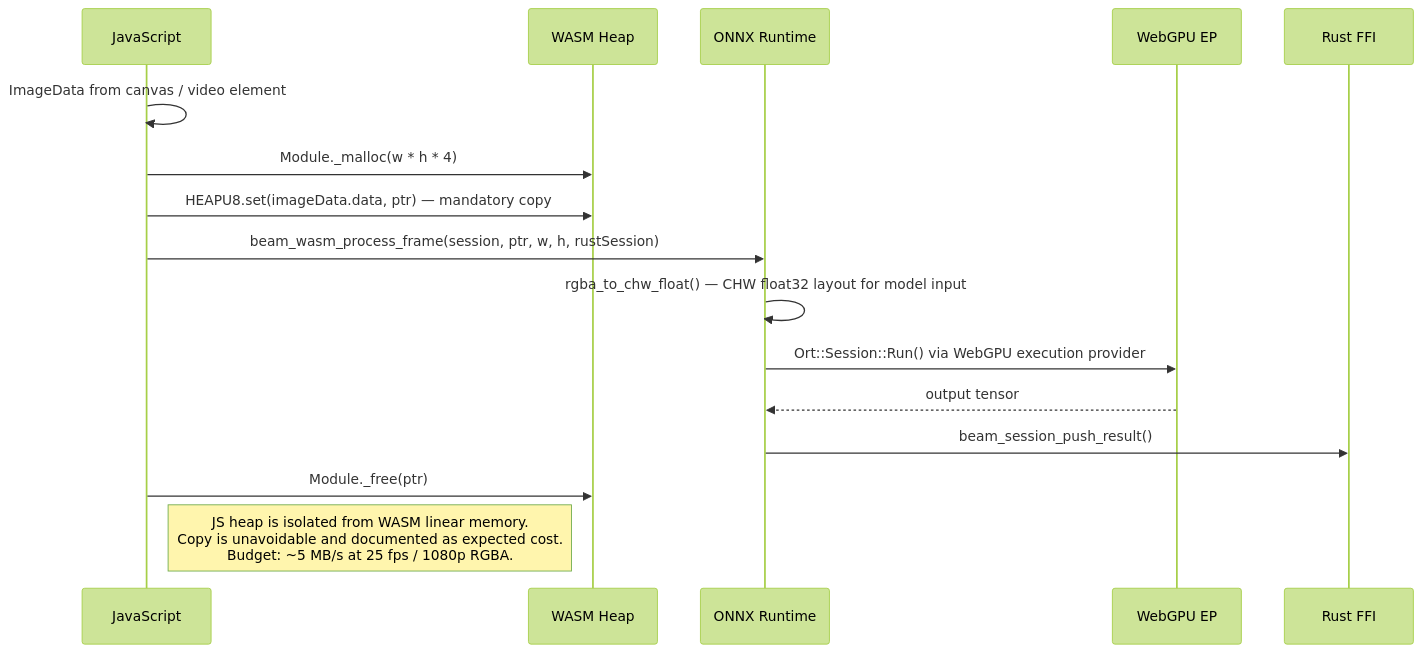
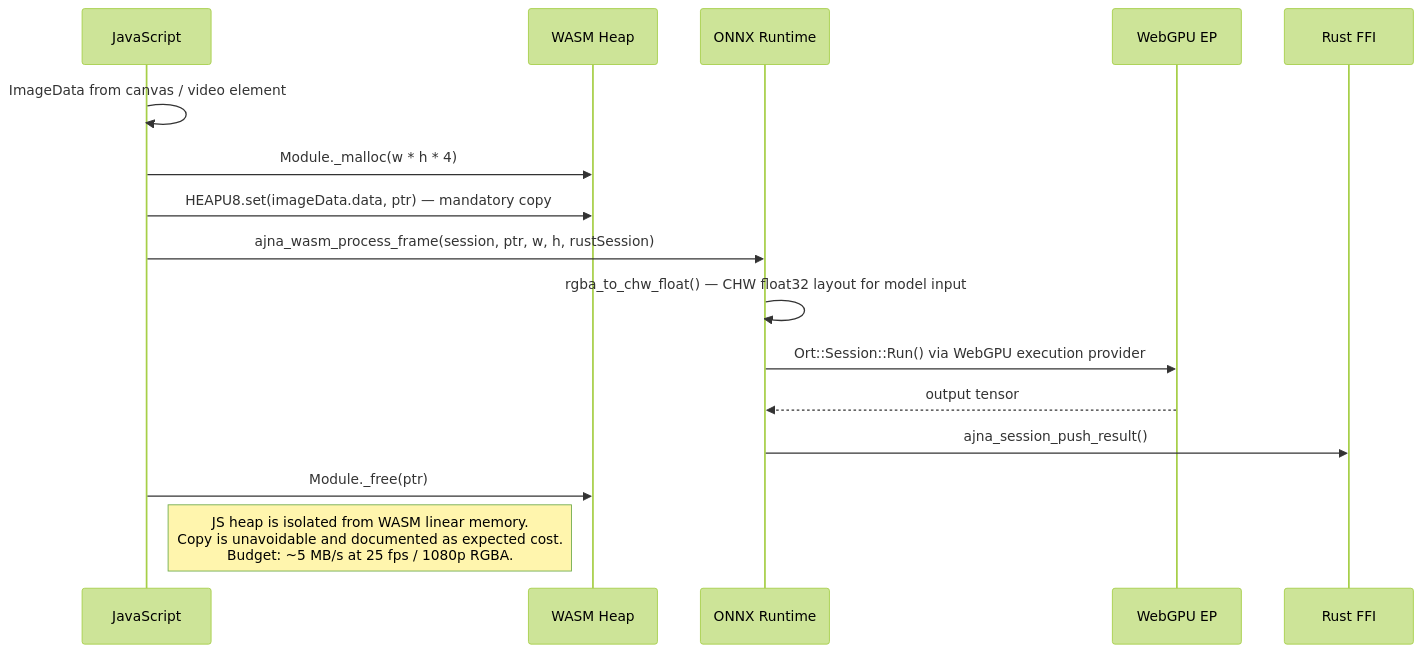
Before and after one commit to NeoOne601/beam-sdk: the seventh of 11 diagrams in README.md, drawn with Mermaid (forest theme). The commit also changed other lines of this file and 146 other files, not shown here.

First line of the commit message:
refactor: rebrand Beam to Ajna across workspace, FFI, platform bridges, and docs

````diff
--- a/README.md
+++ b/README.md
@@ -289,19 +289,19 @@
 ```mermaid
 sequenceDiagram
     participant JS as JavaScript
     participant WH as WASM Heap
     participant ORT as ONNX Runtime
     participant WGPU as WebGPU EP
     participant FFI as Rust FFI
 
     JS->>JS: ImageData from canvas / video element
     JS->>WH: Module._malloc(w * h * 4)
     JS->>WH: HEAPU8.set(imageData.data, ptr) — mandatory copy
-    JS->>ORT: beam_wasm_process_frame(session, ptr, w, h, rustSession)
+    JS->>ORT: ajna_wasm_process_frame(session, ptr, w, h, rustSession)
     ORT->>ORT: rgba_to_chw_float() — CHW float32 layout for model input
     ORT->>WGPU: Ort::Session::Run() via WebGPU execution provider
     WGPU-->>ORT: output tensor
-    ORT->>FFI: beam_session_push_result()
+    ORT->>FFI: ajna_session_push_result()
     JS->>WH: Module._free(ptr)
     Note right of JS: JS heap is isolated from WASM linear memory.<br/>Copy is unavoidable and documented as expected cost.<br/>Budget: ~5 MB/s at 25 fps / 1080p RGBA.
 ```
````
